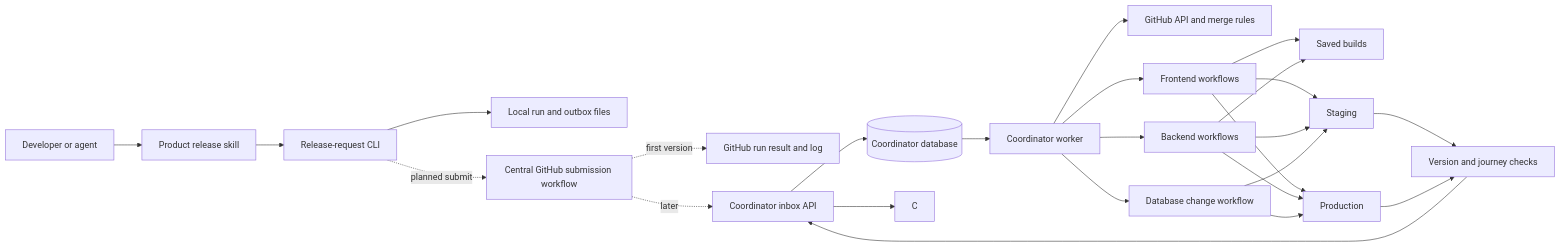
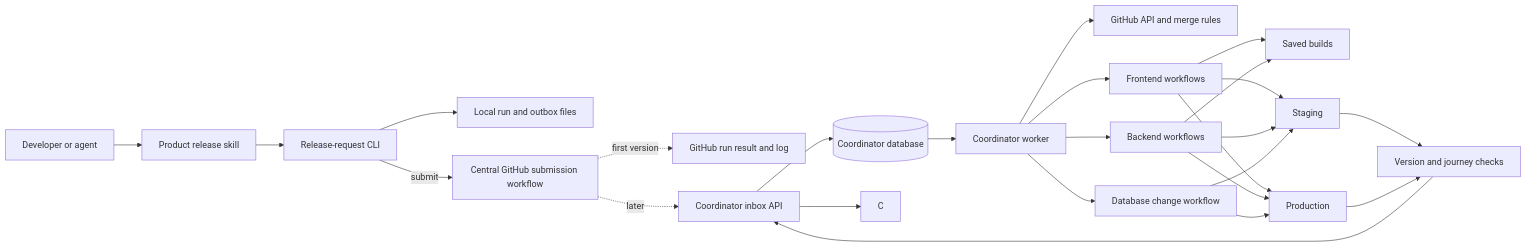
Before and after one commit to 6529-Collections/6529-release-coordinator: the diagram in README.md, drawn with Mermaid. The commit also changed other lines of this file and 10 other files, not shown here.

Commit message:
feat: submit release requests through GitHub

````diff
--- a/README.md
+++ b/README.md
@@ -187,29 +190,29 @@
 ```mermaid
 flowchart LR
     U[Developer or agent] --> S[Product release skill]
     S --> CLI[Release-request CLI]
     CLI --> LOCAL[Local run and outbox files]
-    CLI -. planned submit .-> GHIN[Central GitHub submission workflow]
+    CLI -->|submit| GHIN[Central GitHub submission workflow]
     GHIN -. first version .-> LOG[GitHub run result and log]
     GHIN -. later .-> API[Coordinator inbox API]
     API --> DB[(Coordinator database)]
     DB --> W[Coordinator worker]
 
     W --> GH[GitHub API and merge rules]
     W --> FE[Frontend workflows]
     W --> BE[Backend workflows]
     W --> DBC[Database change workflow]
     FE --> ART[Saved builds]
     BE --> ART
     FE --> STG[Staging]
     BE --> STG
     FE --> PROD[Production]
     BE --> PROD
     DBC --> STG
     DBC --> PROD
 
     STG --> E2E[Version and journey checks]
     PROD --> E2E
     E2E --> API
     API --> C
 ```
````
